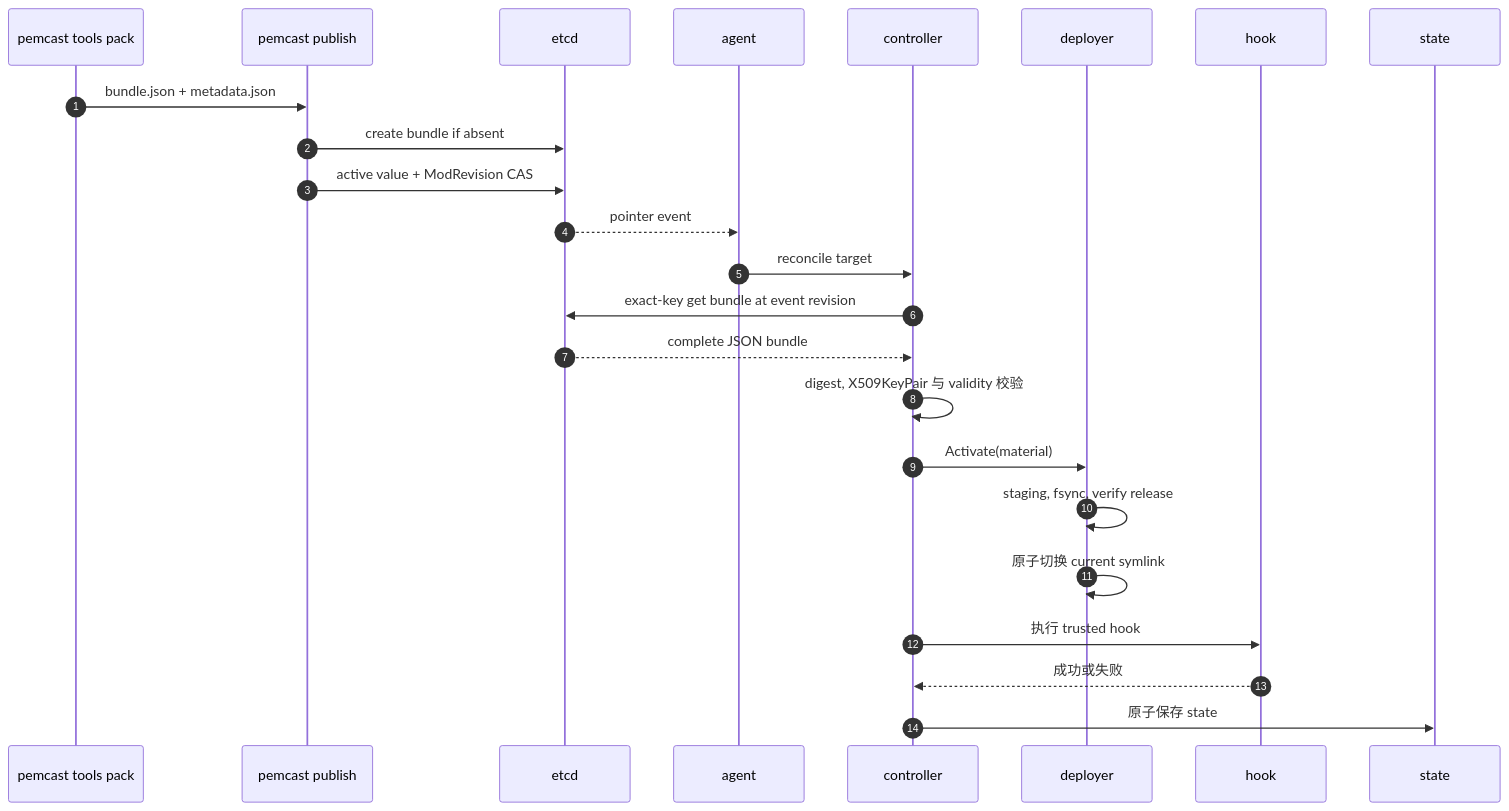
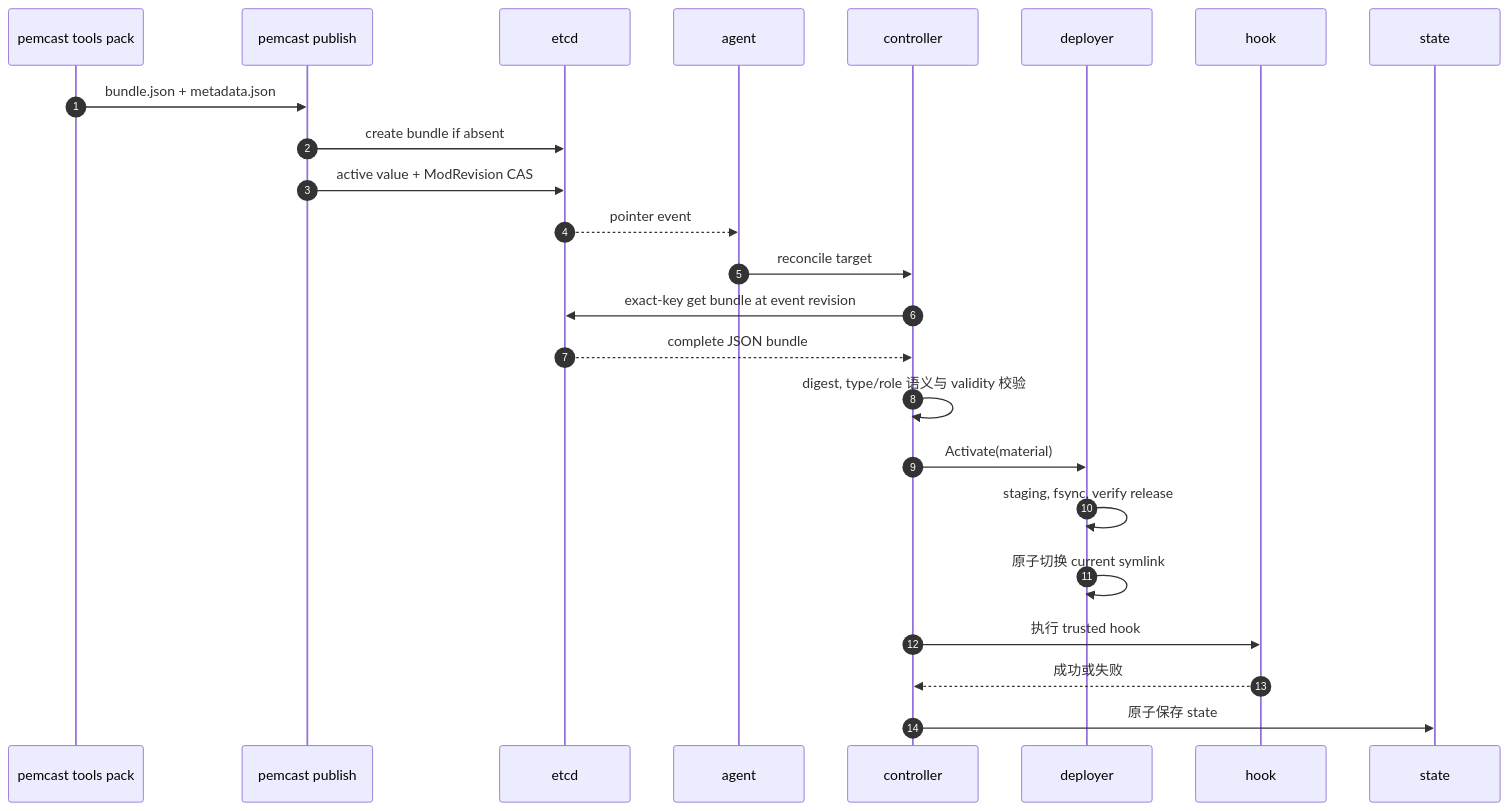
The diagram in .agents/skills/repo-architecture/references/architecture.md (lwmacct/260907-pemcast), drawn with Mermaid before and after one commit. The commit also changed other lines of this file and 51 other files, not shown here.

````diff
--- a/.agents/skills/repo-architecture/references/architecture.md
+++ b/.agents/skills/repo-architecture/references/architecture.md
@@ -26,27 +26,27 @@
 ```mermaid
 sequenceDiagram
     autonumber
     participant P as pemcast tools pack
     participant P2 as pemcast publish
     participant E as etcd
     participant A as agent
     participant C as controller
     participant D as deployer
     participant H as hook
     participant S as state
 
     P->>P2: bundle.json + metadata.json
     P2->>E: create bundle if absent
     P2->>E: active value + ModRevision CAS
     E-->>A: pointer event
     A->>C: reconcile target
     C->>E: exact-key get bundle at event revision
     E-->>C: complete JSON bundle
-    C->>C: digest, X509KeyPair 与 validity 校验
+    C->>C: digest, type/role 语义与 validity 校验
     C->>D: Activate(material)
     D->>D: staging, fsync, verify release
     D->>D: 原子切换 current symlink
     C->>H: 执行 trusted hook
     H-->>C: 成功或失败
     C->>S: 原子保存 state
 ```
````
